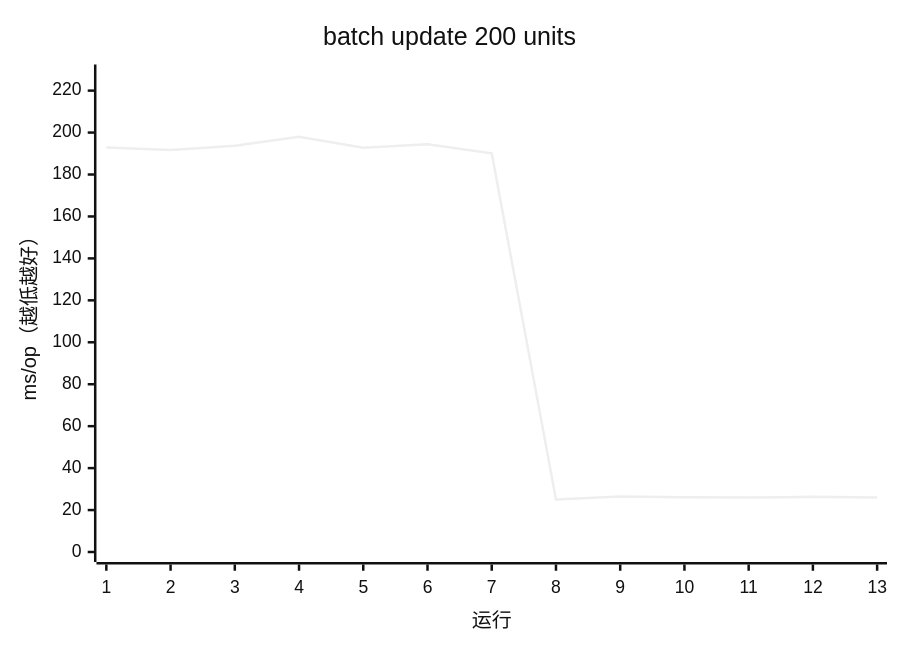
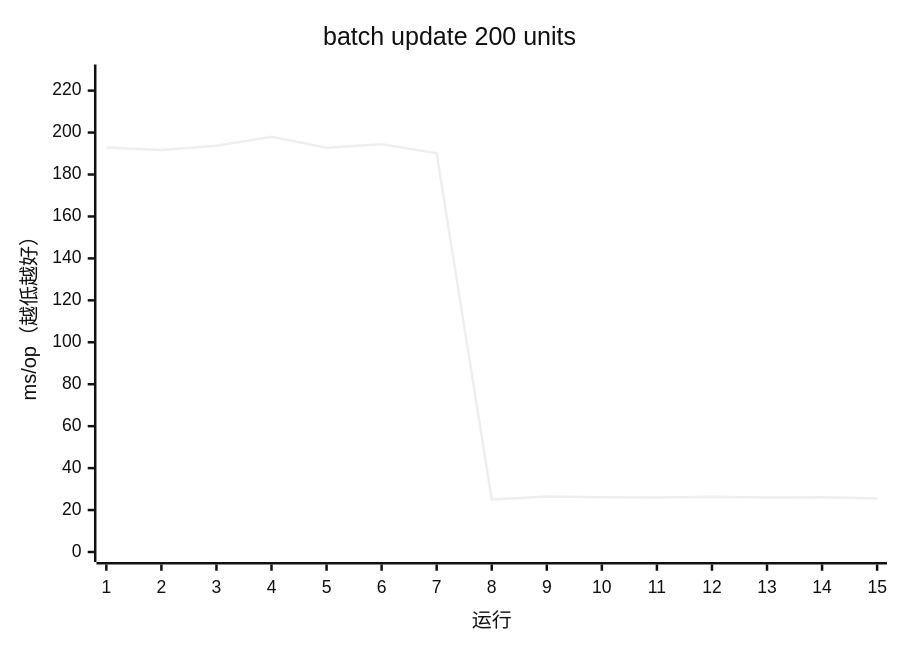
One commit to AIluffy/io changed the ninth of 17 diagrams in apps/docs/src/content/docs/guides/benchmark.mdx. Above: the diagram before and after it, drawn with Mermaid (neutral theme). The commit also changed other lines of this file and 7 other files, not shown here.

````diff
--- a/apps/docs/src/content/docs/guides/benchmark.mdx
+++ b/apps/docs/src/content/docs/guides/benchmark.mdx
@@ -297,7 +299,7 @@
 ```mermaid
 xychart-beta
   title "batch update 200 units"
-  x-axis "运行" [1, 2, 3, 4, 5, 6, 7, 8, 9, 10, 11, 12, 13]
+  x-axis "运行" [1, 2, 3, 4, 5, 6, 7, 8, 9, 10, 11, 12, 13, 14, 15]
   y-axis "ms/op（越低越好）" 0 --> 227.6906
-  line [192.8785, 191.6709, 193.7211, 197.9918, 192.8213, 194.4828, 190.106, 25.0751, 26.4239, 26.0522, 25.9361, 26.3187, 25.9458]
+  line [192.8785, 191.6709, 193.7211, 197.9918, 192.8213, 194.4828, 190.106, 25.0751, 26.4239, 26.0522, 25.9361, 26.3187, 25.9458, 26.0771, 25.4667]
 ```
````
